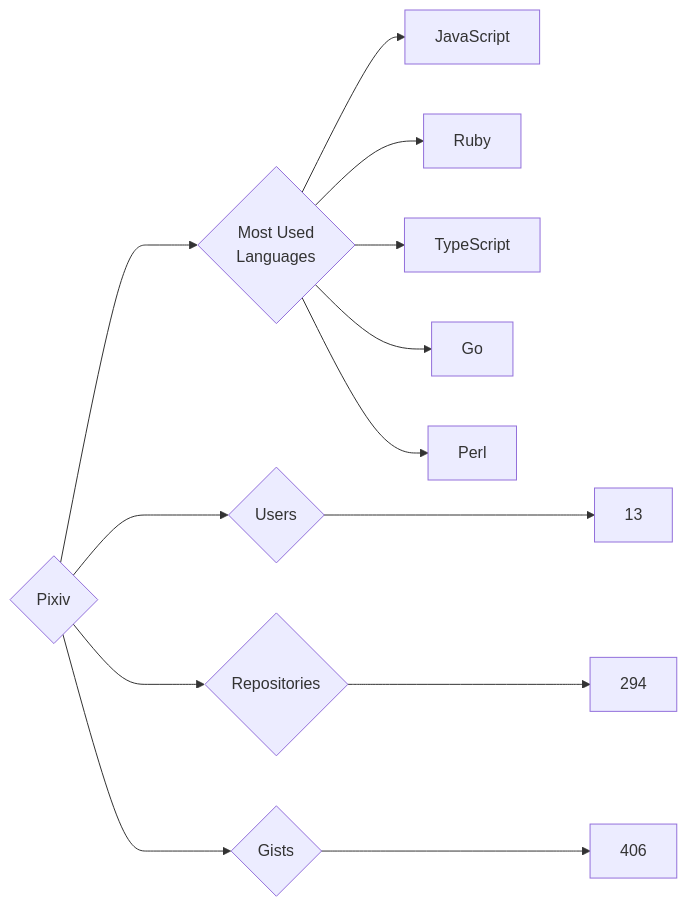
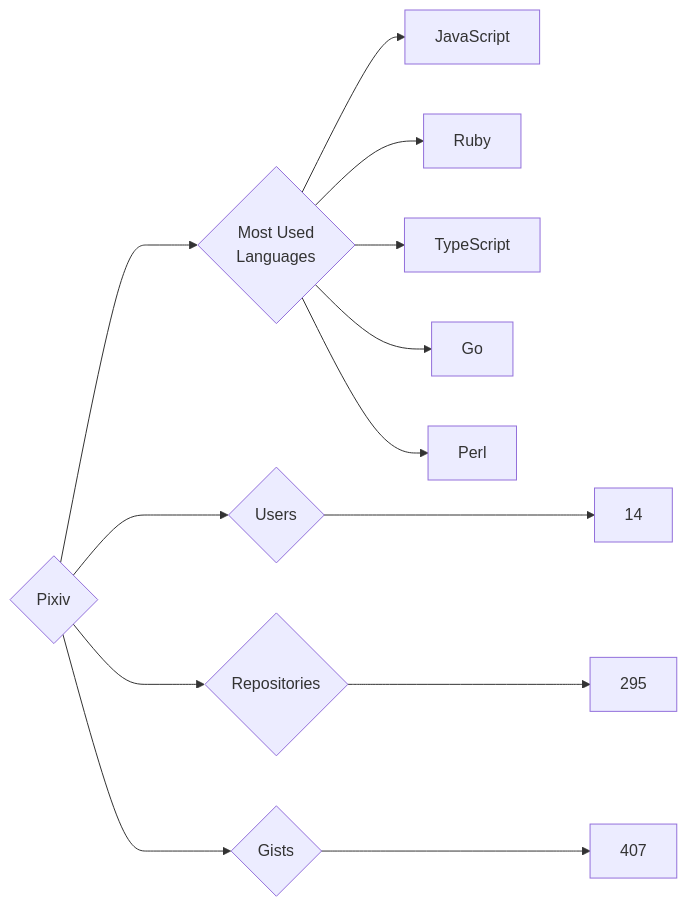
The diagram in targets/Pixiv/README.md (trickest/insiders), drawn with Mermaid before and after one commit. The commit also changed 964 other files, not shown here.

````diff
--- a/targets/Pixiv/README.md
+++ b/targets/Pixiv/README.md
@@ -3,13 +3,13 @@
 ```mermaid
 graph LR
 COMPANY_NAME{Pixiv}
-COMPANY_NAME ---> U{Users} ---> UN[13]
-COMPANY_NAME ---> R{Repositories} ---> RN[294]
-COMPANY_NAME ---> G{Gists} ---> GN[406]
+COMPANY_NAME ---> U{Users} ---> UN[14]
+COMPANY_NAME ---> R{Repositories} ---> RN[295]
+COMPANY_NAME ---> G{Gists} ---> GN[407]
 COMPANY_NAME ---> ML{Most Used<br>Languages}
 ML --> JavaScript[JavaScript]
 ML --> Ruby[Ruby]
 ML --> TypeScript[TypeScript]
 ML --> Go[Go]
 ML --> Perl[Perl]
 ```
````
